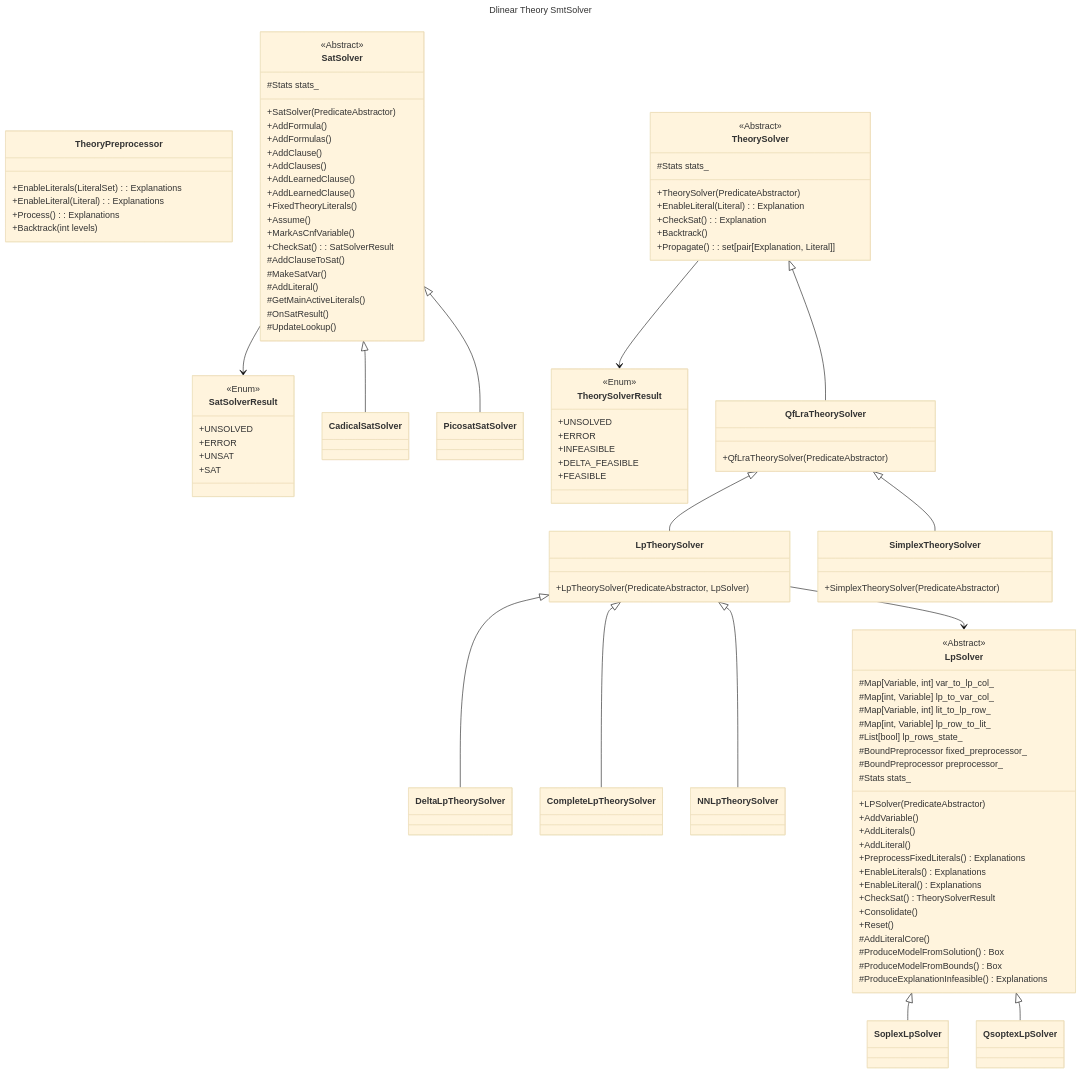
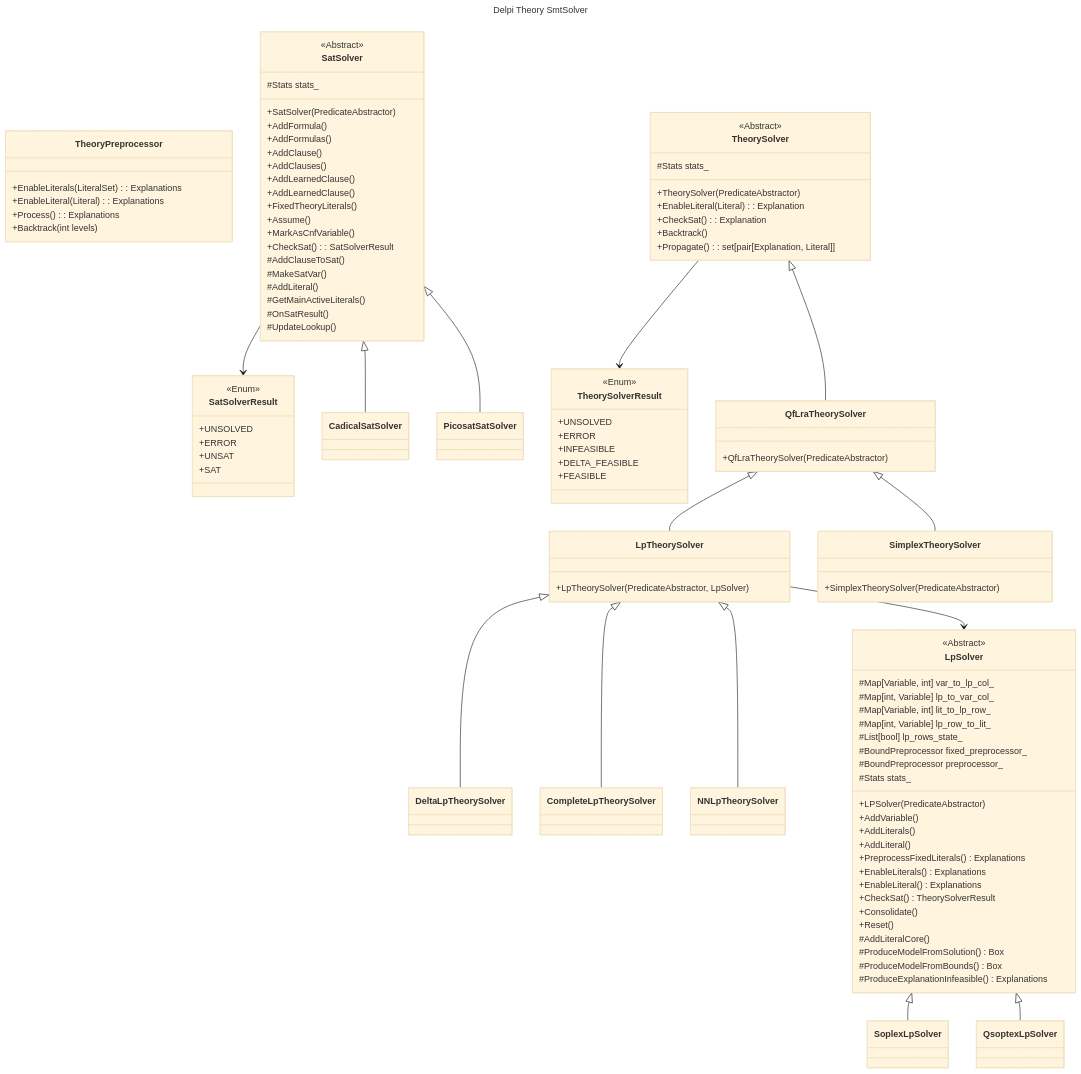
One commit to TendTo/delpi changed the first of 2 diagrams in docs/Architecture.md. Above: the diagram before and after it, drawn with Mermaid (base theme). The commit also changed 11 other files, not shown here.

````diff
--- a/docs/Architecture.md
+++ b/docs/Architecture.md
@@ -3,6 +3,6 @@
 ```mermaid
 ---
-title: Dlinear Theory SmtSolver
+title: Delpi Theory SmtSolver
 ---
 classDiagram
 
````
